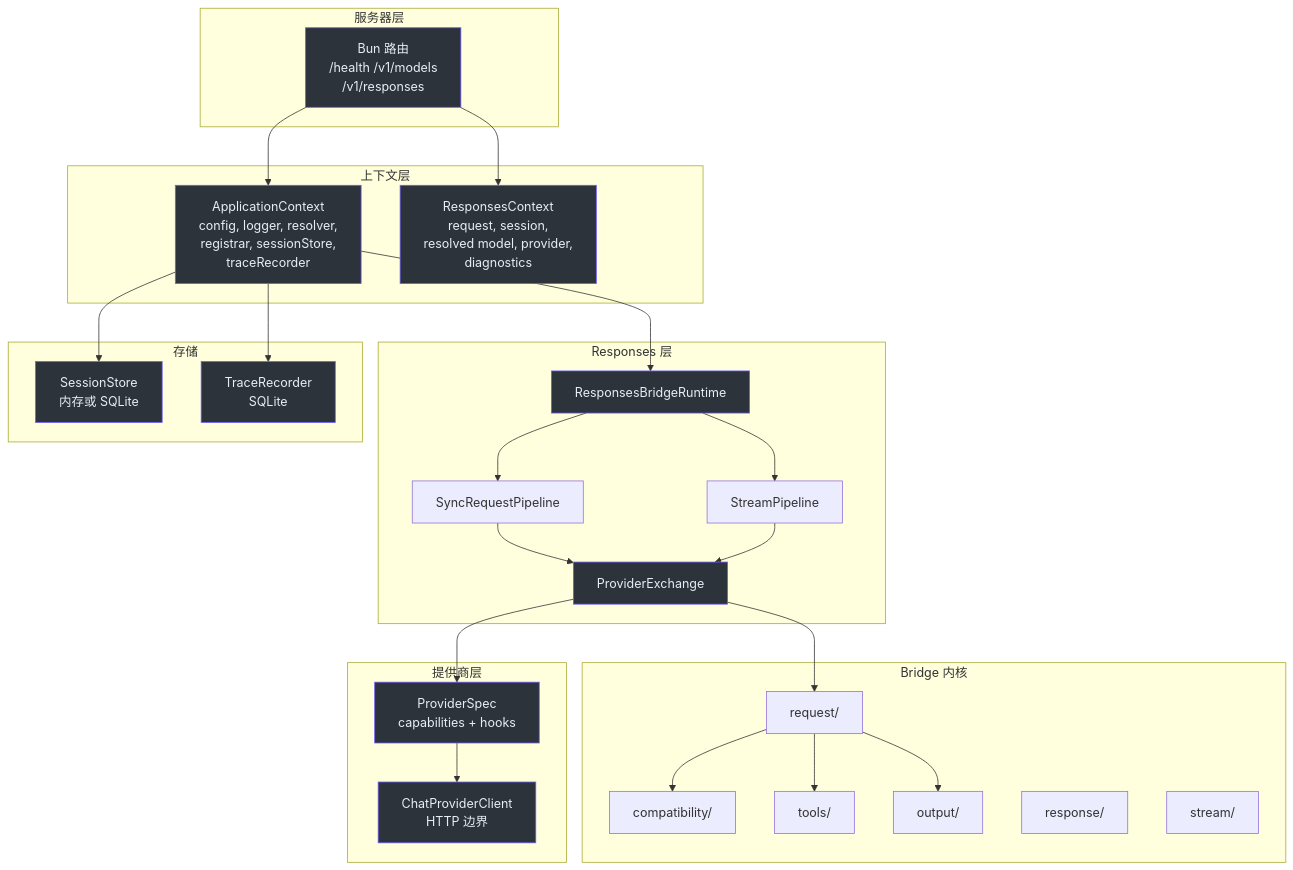
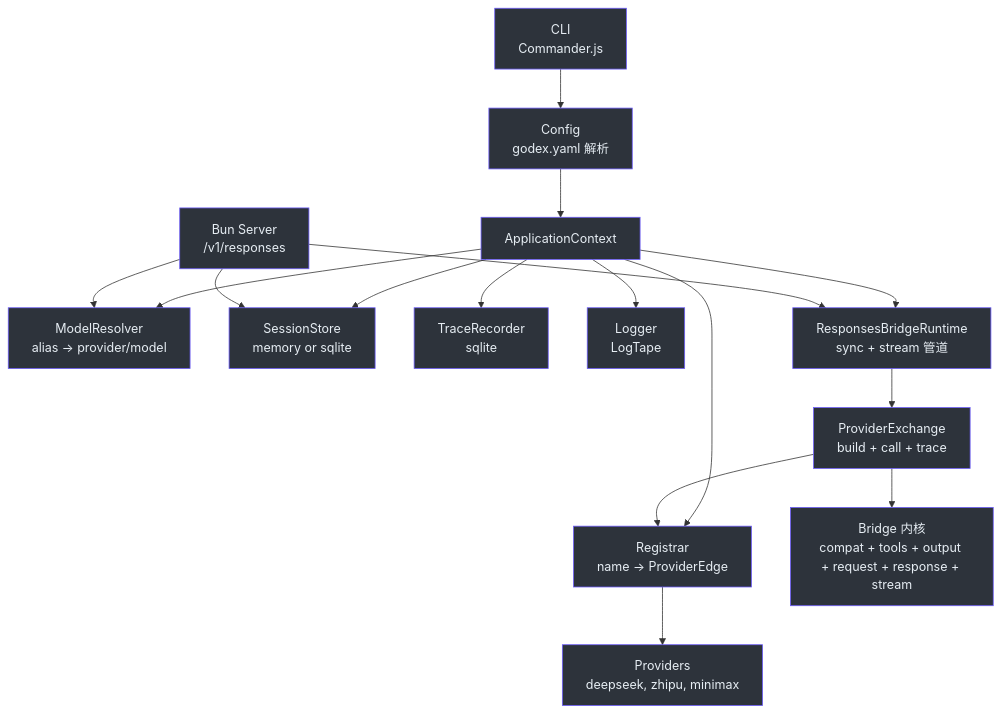
The first of 3 diagrams in wiki/zh/onboarding/staff-engineer-guide.md (zamelee/GodeX), drawn with Mermaid before and after one commit. The commit also changed other lines of this file and 120 other files, not shown here.

Commit message:
docs: comprehensive VitePress wiki with dark theme, EN/ZH sync, and Mermaid fixes (#118)

````diff
--- a/wiki/zh/onboarding/staff-engineer-guide.md
+++ b/wiki/zh/onboarding/staff-engineer-guide.md
@@ -42,63 +157,46 @@
 ```mermaid
 graph TB
-  subgraph Server["服务器层"]
-    Routes["Bun 路由<br>/health /v1/models<br>/v1/responses"]
-  end
+  CLI["CLI<br>Commander.js"]
+  Config["Config<br>godex.yaml 解析"]
+  AppCtx["ApplicationContext"]
+  Resolver["ModelResolver<br>alias -> provider/model"]
+  Registrar["Registrar<br>name -> ProviderEdge"]
+  Session["SessionStore<br>memory or sqlite"]
+  Trace["TraceRecorder<br>sqlite"]
+  Logger["Logger<br>LogTape"]
+  Bridge["Bridge 内核<br>compat + tools + output + request + response + stream"]
+  Runtime["ResponsesBridgeRuntime<br>sync + stream 管道"]
+  Exchange["ProviderExchange<br>build + call + trace"]
+  Server["Bun Server<br>/v1/responses"]
+  Providers["Providers<br>deepseek, zhipu, minimax"]
 
-  subgraph Context["上下文层"]
-    AppCtx["ApplicationContext<br>config, logger, resolver,<br>registrar, sessionStore,<br>traceRecorder"]
-    RspCtx["ResponsesContext<br>request, session,<br>resolved model, provider,<br>diagnostics"]
-  end
-
-  subgraph Runtime["Responses 层"]
-    RBR["ResponsesBridgeRuntime"]
-    Sync["SyncRequestPipeline"]
-    Stream["StreamPipeline"]
-    Exchange["ProviderExchange"]
-  end
-
-  subgraph Bridge["Bridge 内核"]
-    Compat["compatibility/"]
-    Request["request/"]
-    Tools["tools/"]
-    Output["output/"]
-    Response["response/"]
-    Stm["stream/"]
-  end
-
-  subgraph Providers["提供商层"]
-    Spec["ProviderSpec<br>capabilities + hooks"]
-    Client["ChatProviderClient<br>HTTP 边界"]
-  end
-
-  subgraph Storage["存储"]
-    Session["SessionStore<br>内存或 SQLite"]
-    Trace["TraceRecorder<br>SQLite"]
-  end
-
-  Routes --> AppCtx
-  Routes --> RspCtx
-  AppCtx --> RBR
-  RBR --> Sync
-  RBR --> Stream
-  Sync --> Exchange
-  Stream --> Exchange
-  Exchange --> Request
-  Exchange --> Spec
-  Request --> Compat
-  Request --> Tools
-  Request --> Output
-  Spec --> Client
+  CLI --> Config
+  Config --> AppCtx
+  AppCtx --> Resolver
+  AppCtx --> Registrar
   AppCtx --> Session
   AppCtx --> Trace
+  AppCtx --> Logger
+  AppCtx --> Runtime
+  Runtime --> Exchange
+  Exchange --> Bridge
+  Exchange --> Registrar
+  Registrar --> Providers
+  Server --> Runtime
+  Server --> Resolver
+  Server --> Session
 
-  style Routes fill:#2d333b,stroke:#6d5dfc,color:#e6edf3
+  style CLI fill:#2d333b,stroke:#6d5dfc,color:#e6edf3
+  style Config fill:#2d333b,stroke:#6d5dfc,color:#e6edf3
   style AppCtx fill:#2d333b,stroke:#6d5dfc,color:#e6edf3
-  style RspCtx fill:#2d333b,stroke:#6d5dfc,color:#e6edf3
-  style RBR fill:#2d333b,stroke:#6d5dfc,color:#e6edf3
-  style Exchange fill:#2d333b,stroke:#6d5dfc,color:#e6edf3
-  style Spec fill:#2d333b,stroke:#6d5dfc,color:#e6edf3
-  style Client fill:#2d333b,stroke:#6d5dfc,color:#e6edf3
+  style Resolver fill:#2d333b,stroke:#6d5dfc,color:#e6edf3
+  style Registrar fill:#2d333b,stroke:#6d5dfc,color:#e6edf3
   style Session fill:#2d333b,stroke:#6d5dfc,color:#e6edf3
   style Trace fill:#2d333b,stroke:#6d5dfc,color:#e6edf3
+  style Logger fill:#2d333b,stroke:#6d5dfc,color:#e6edf3
+  style Bridge fill:#2d333b,stroke:#6d5dfc,color:#e6edf3
+  style Runtime fill:#2d333b,stroke:#6d5dfc,color:#e6edf3
+  style Exchange fill:#2d333b,stroke:#6d5dfc,color:#e6edf3
+  style Server fill:#2d333b,stroke:#6d5dfc,color:#e6edf3
+  style Providers fill:#2d333b,stroke:#6d5dfc,color:#e6edf3
 ```
````
